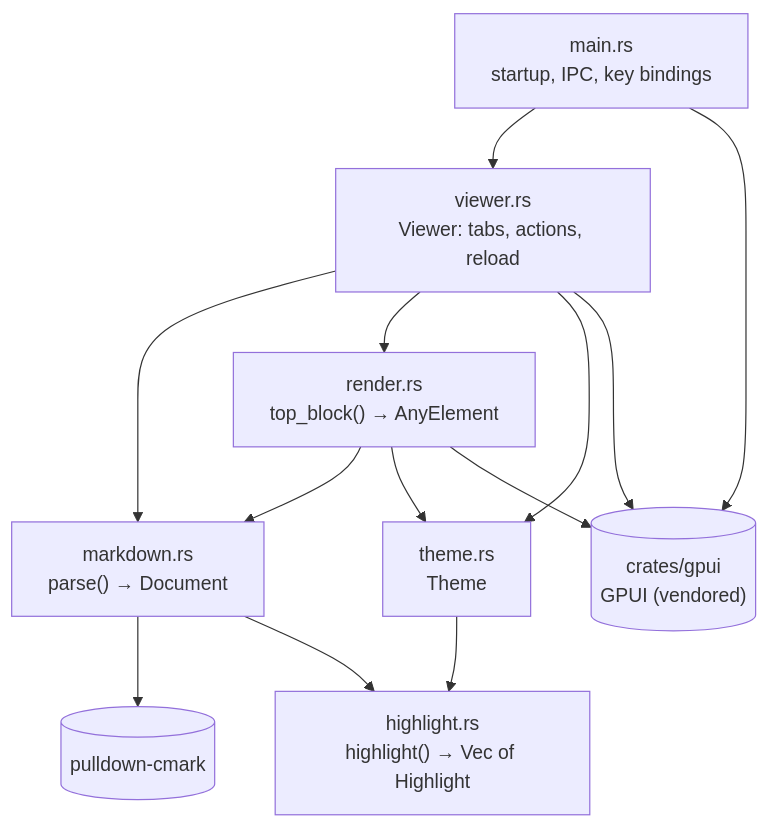
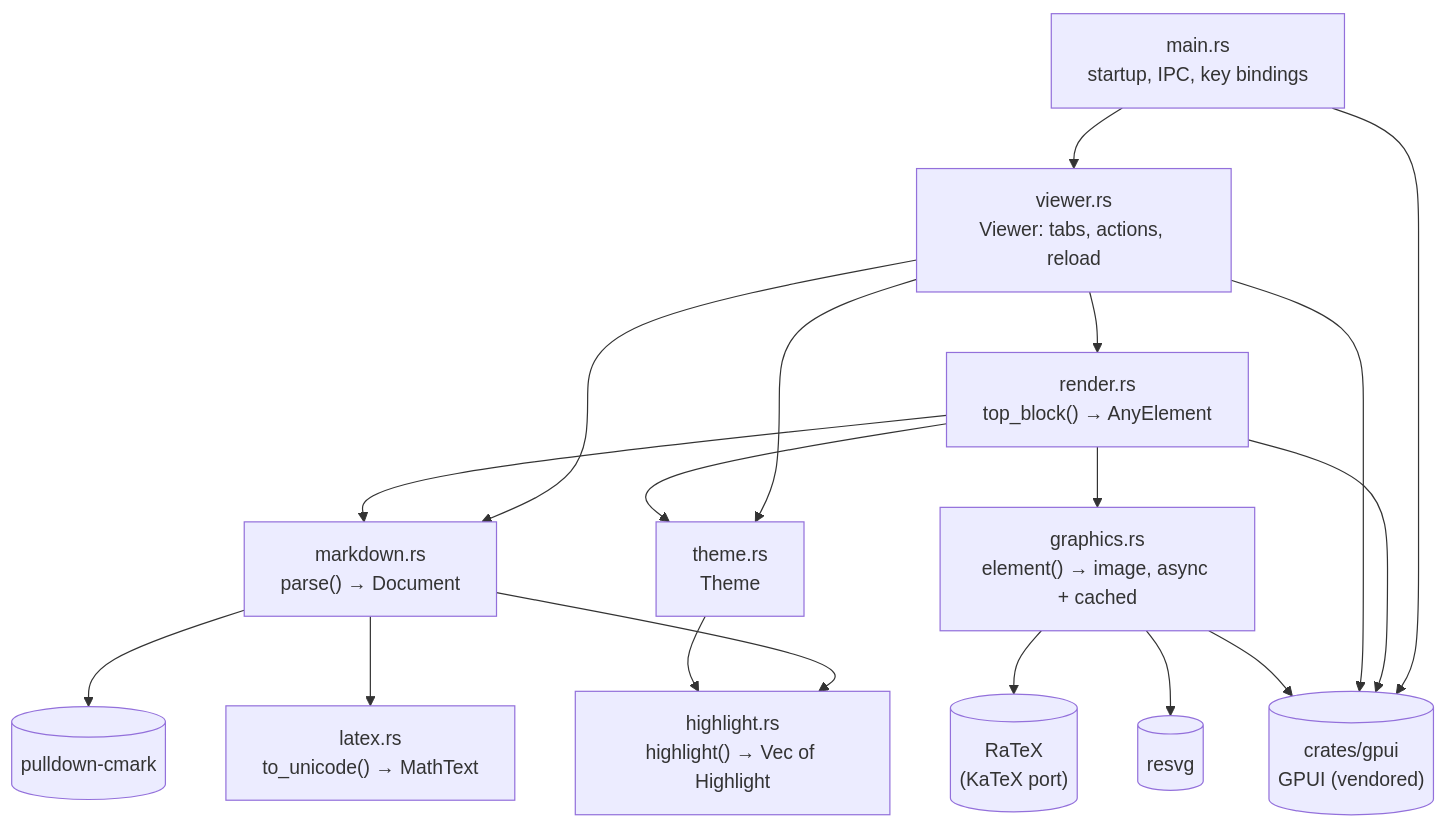
One commit to JorgeAgar/markdown-viewer-zed changed the first of 5 diagrams in docs/architecture.md. Above: the diagram before and after it, drawn with Mermaid. The commit also changed other lines of this file and 14 other files, not shown here.

First line of the commit message:
Render LaTeX math: typeset display math, Unicode inline math

````diff
--- a/docs/architecture.md
+++ b/docs/architecture.md
@@ -22,24 +24,33 @@
 ```mermaid
 flowchart TD
     main["main.rs<br/>startup, IPC, key bindings"]
     viewer["viewer.rs<br/>Viewer: tabs, actions, reload"]
     markdown["markdown.rs<br/>parse() → Document"]
     highlight["highlight.rs<br/>highlight() → Vec of Highlight"]
+    latex["latex.rs<br/>to_unicode() → MathText"]
+    graphics["graphics.rs<br/>element() → image, async + cached"]
+    ratex[("RaTeX<br/>(KaTeX port)")]
+    resvg[("resvg")]
     render["render.rs<br/>top_block() → AnyElement"]
     theme["theme.rs<br/>Theme"]
     gpui[("crates/gpui<br/>GPUI (vendored)")]
     cmark[("pulldown-cmark")]
 
     main --> viewer
     main --> gpui
     viewer --> markdown
     viewer --> render
     viewer --> theme
     render --> markdown
     render --> theme
     render --> gpui
     viewer --> gpui
     markdown --> cmark
     markdown --> highlight
+    markdown --> latex
     theme --> highlight
+    render --> graphics
+    graphics --> ratex
+    graphics --> resvg
+    graphics --> gpui
 ```
````
